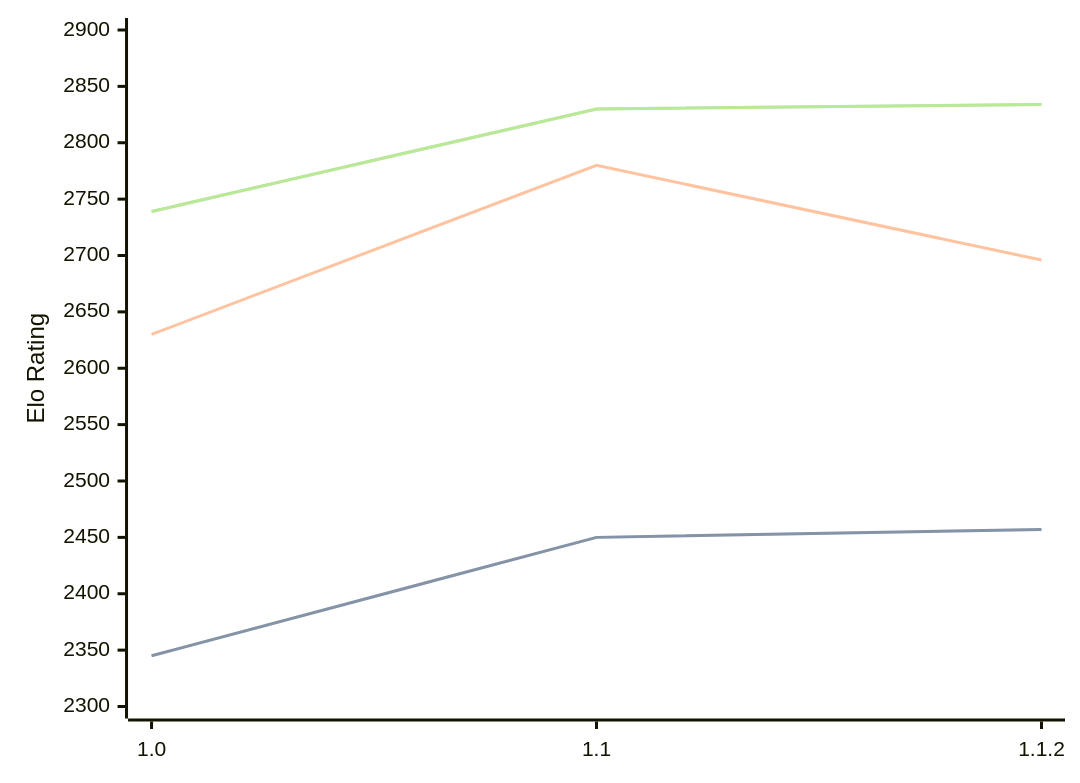
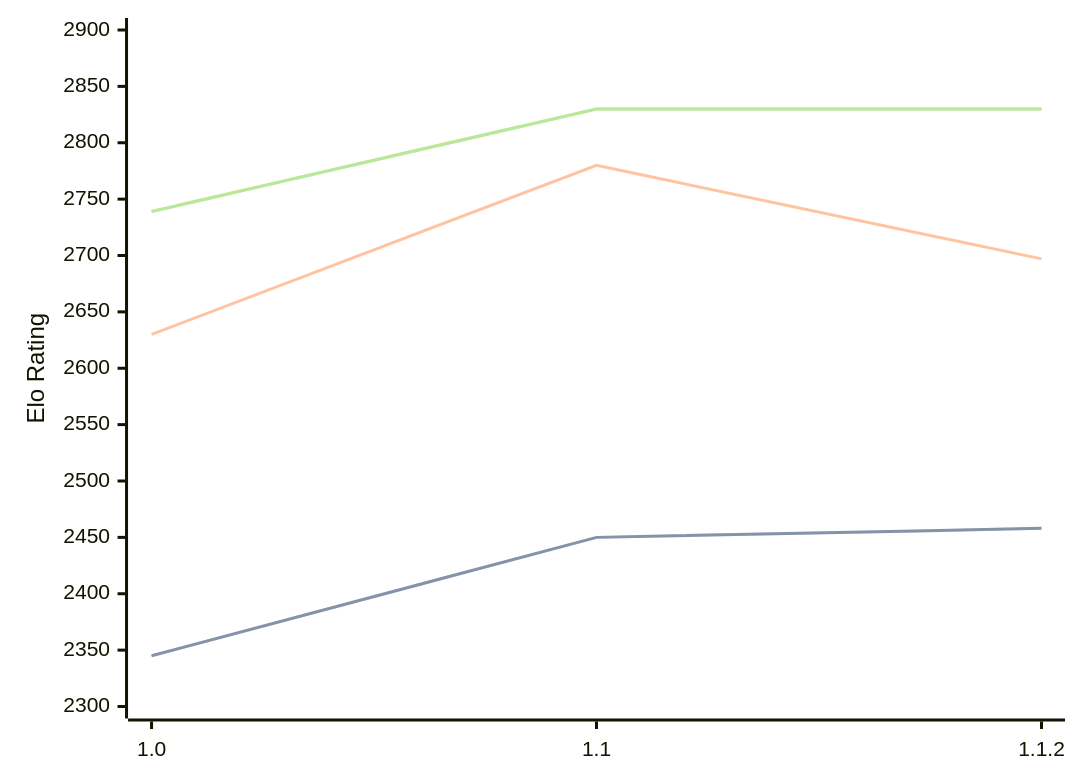
One commit to computer-chess-index/cci changed the diagram in engines/Casanchess.md. Above: the diagram before and after it, drawn with Mermaid. The commit also changed other lines of this file, not shown here.

Commit message:
Update CCI Ratings (ELO VLTC) - 2026-09-15

````diff
--- a/engines/Casanchess.md
+++ b/engines/Casanchess.md
@@ -33,11 +33,11 @@
 ```mermaid
 %%{init: {"theme":"base","themeVariables":{"seriesColors:['#a3a3a3','#222221','#faa371']}}}%%
 xychart-beta
   x-axis ["1.0", "1.1", "1.1.2"]
   y-axis "Elo Rating" 2300 --> 2900
-  line "" [2345, 2450, 2457]
-  line "STC (8.0+0.08s)" [2345, 2450, 2457]
-  line "LTC (60.0+0.60s)" [2630, 2780, 2696]
-  line "" [2739, 2830, 2834]
-  line "VLTC (2m24s+1.12s)" [2739, 2830, 2834]
+  line "" [2345, 2450, 2458]
+  line "STC (8.0+0.08s)" [2345, 2450, 2458]
+  line "LTC (60.0+0.60s)" [2630, 2780, 2697]
+  line "" [2739, 2830, 2830]
+  line "VLTC (2m24s+1.12s)" [2739, 2830, 2830]
 ```
````
